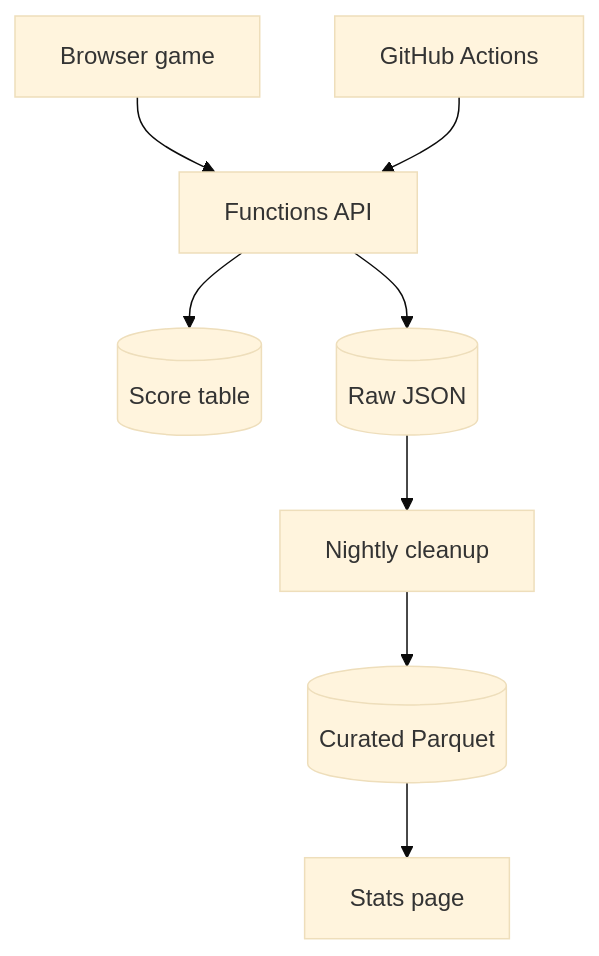
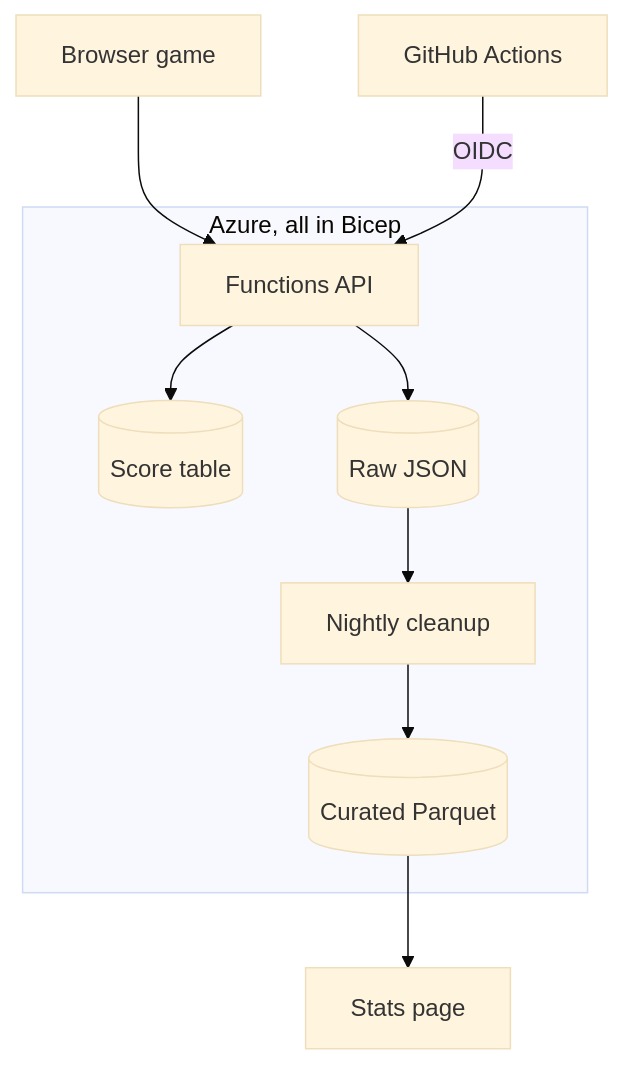
Before and after one commit to Gerlitek/zombiet-peli: the diagram in README.md, drawn with Mermaid (base theme).

Commit message:
Show the Azure boundary and Bicep in the architecture diagram

````diff
--- a/README.md
+++ b/README.md
@@ -14,10 +14,12 @@
 ```mermaid
 flowchart TD
     Game["Browser game"] --> API
-    GH["GitHub Actions"] --> API
-    API["Functions API"] --> Scores[("Score table")]
-    API --> Raw[("Raw JSON")]
-    Raw --> Night["Nightly cleanup"]
-    Night --> Cur[("Curated Parquet")]
+    GH["GitHub Actions"] -->|OIDC| API
+    subgraph Azure["Azure, all in Bicep"]
+        API["Functions API"] --> Scores[("Score table")]
+        API --> Raw[("Raw JSON")]
+        Raw --> Night["Nightly cleanup"]
+        Night --> Cur[("Curated Parquet")]
+    end
     Cur --> Dash["Stats page"]
 ```
````
